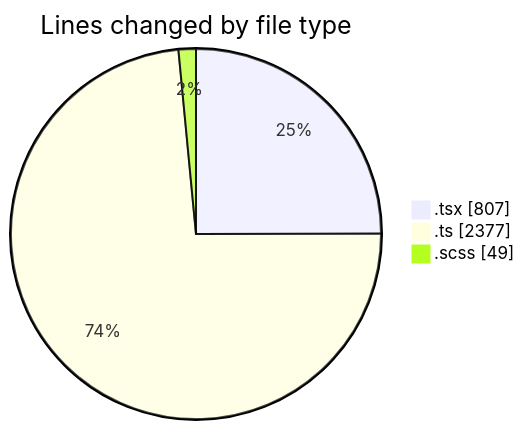
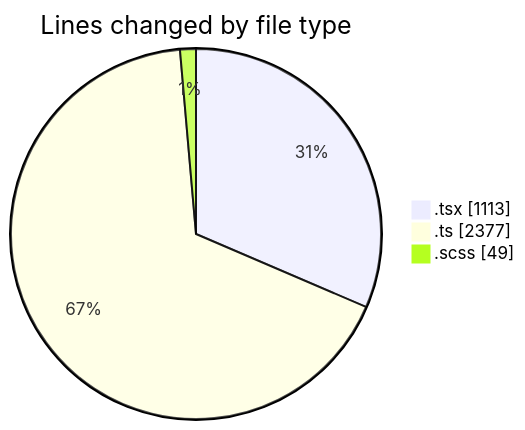
One commit to momahboobian/code-tracking changed the first of 2 diagrams in 2026-10-14/cda/README.md. Above: the diagram before and after it, drawn with Mermaid. The commit also changed other lines of this file and 1 other file, not shown here.

````diff
--- a/2026-10-14/cda/README.md
+++ b/2026-10-14/cda/README.md
@@ -28,7 +31,7 @@
 ```mermaid
 pie showData
 title Lines changed by file type
-".tsx" : 807
+".tsx" : 1113
 ".ts" : 2377
 ".scss" : 49
 ```
````
